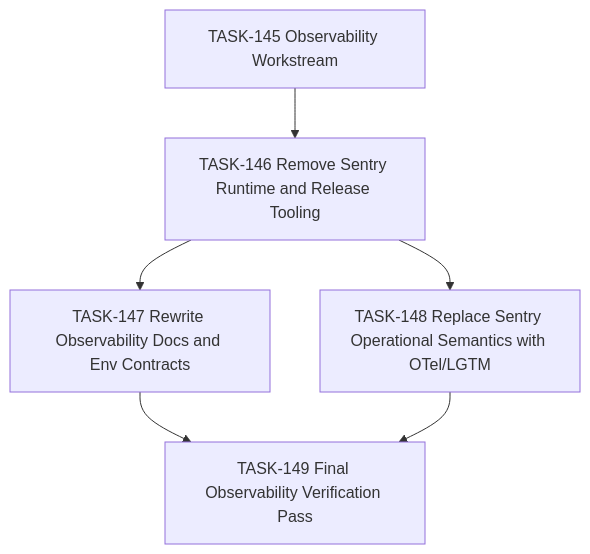
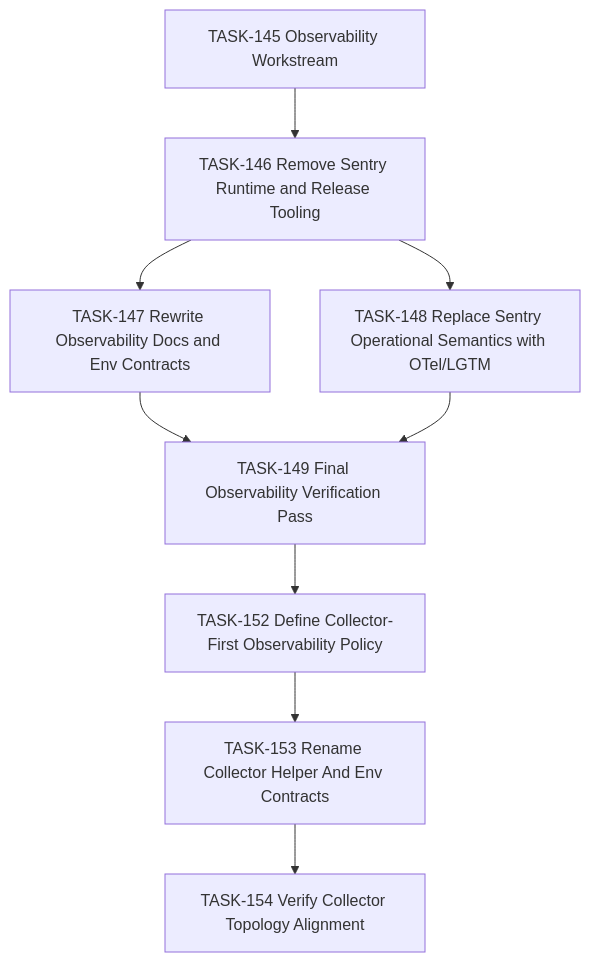
The diagram in backlog/tasks/task-145 - Workstream-OTel-native-Observability-Migration.md (phalanxduel/phalanxduel), drawn with Mermaid before and after one commit. The commit also changed other lines of this file and 40 other files, not shown here.

Commit message:
docs: align observability policy and compiled references

````diff
--- a/backlog/tasks/task-145 - Workstream-OTel-native-Observability-Migration.md
+++ b/backlog/tasks/task-145 - Workstream-OTel-native-Observability-Migration.md
@@ -39,14 +39,20 @@
 ```mermaid
 graph TD
   T145[TASK-145 Observability Workstream]
   T146[TASK-146 Remove Sentry Runtime and Release Tooling]
   T147[TASK-147 Rewrite Observability Docs and Env Contracts]
   T148[TASK-148 Replace Sentry Operational Semantics with OTel/LGTM]
   T149[TASK-149 Final Observability Verification Pass]
+  T152[TASK-152 Define Collector-First Observability Policy]
+  T153[TASK-153 Rename Collector Helper And Env Contracts]
+  T154[TASK-154 Verify Collector Topology Alignment]
 
   T145 --> T146
   T146 --> T147
   T146 --> T148
   T147 --> T149
   T148 --> T149
+  T149 --> T152
+  T152 --> T153
+  T153 --> T154
 ```
````
